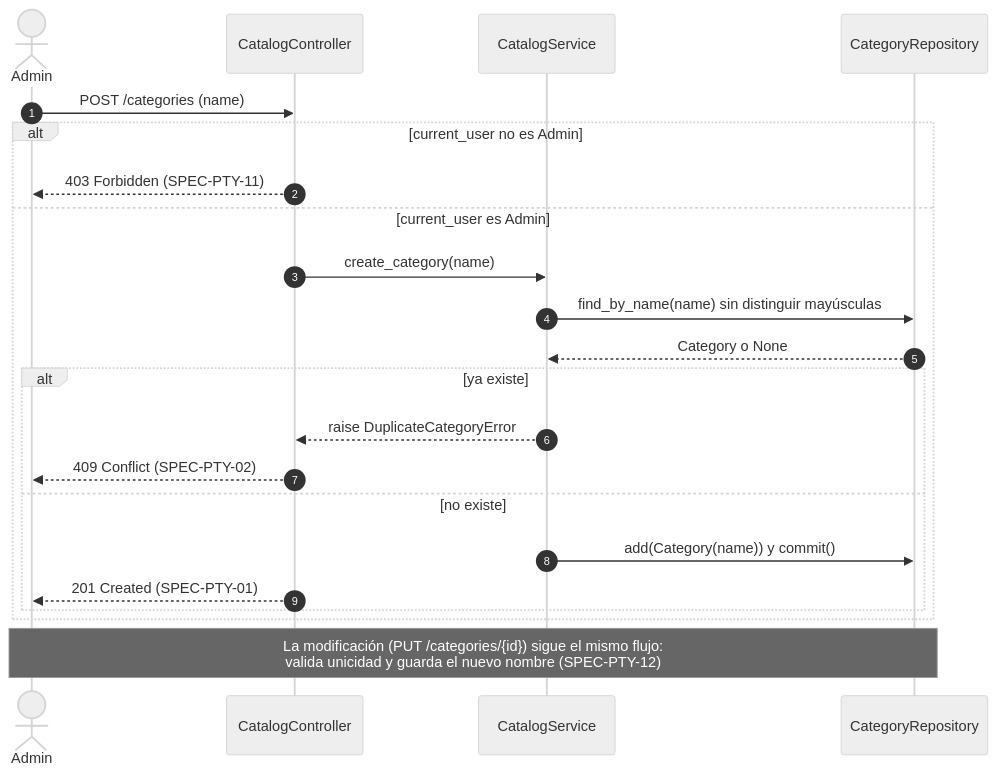
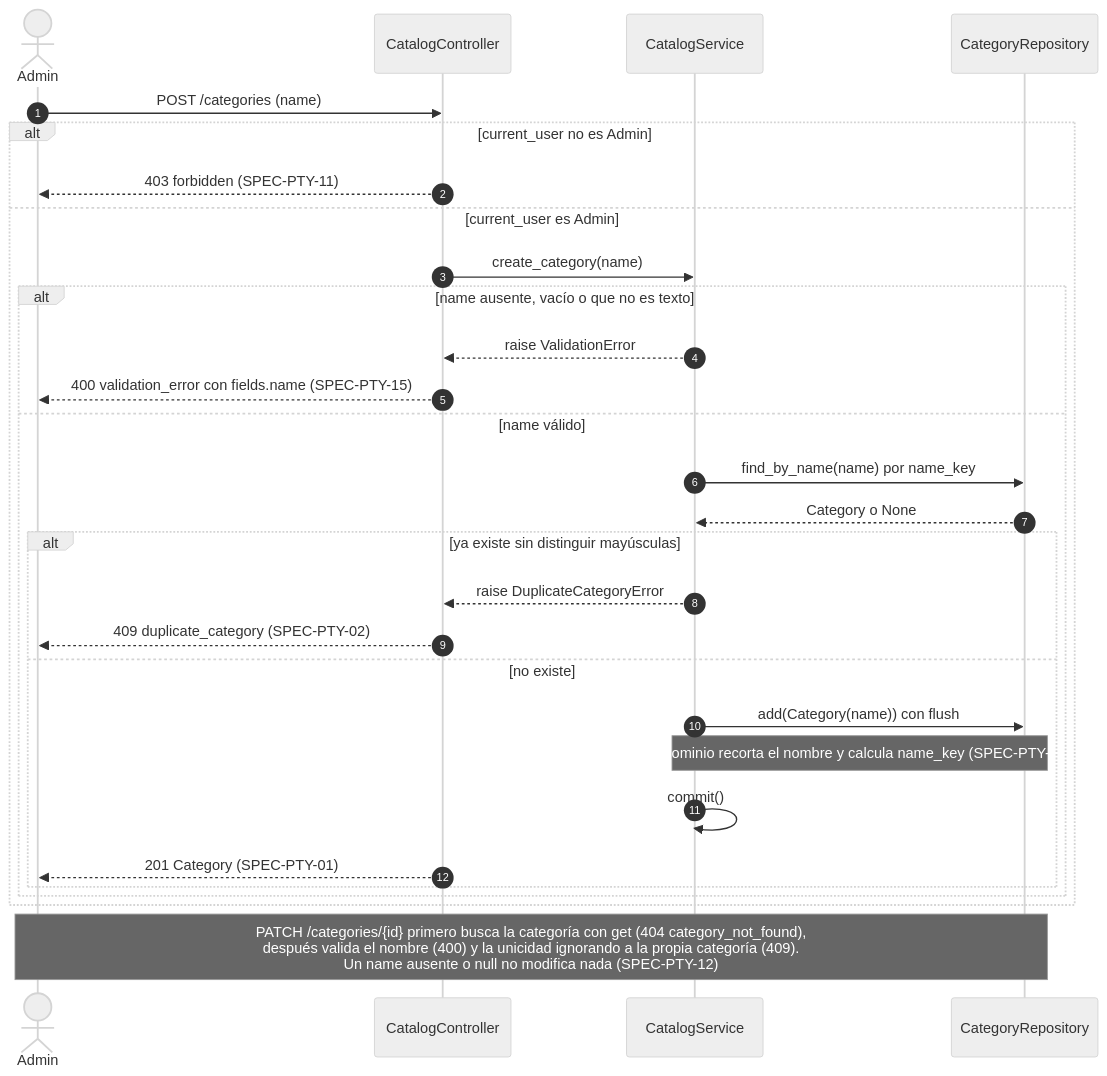
The first of 4 diagrams in diagrams/sequences/02-product-types.md (Diazfe-dev/AyED-III-python-ticket-service), drawn with Mermaid (neutral theme) before and after one commit. The commit also changed other lines of this file and 26 other files, not shown here.

````diff
--- a/diagrams/sequences/02-product-types.md
+++ b/diagrams/sequences/02-product-types.md
@@ -11,26 +11,33 @@
 ```mermaid
 sequenceDiagram
     autonumber
     actor Admin
     participant PC as CatalogController
     participant CS as CatalogService
     participant CR as CategoryRepository
 
     Admin->>PC: POST /categories (name)
     alt current_user no es Admin
-        PC-->>Admin: 403 Forbidden (SPEC-PTY-11)
+        PC-->>Admin: 403 forbidden (SPEC-PTY-11)
     else current_user es Admin
         PC->>CS: create_category(name)
-        CS->>CR: find_by_name(name) sin distinguir mayúsculas
-        CR-->>CS: Category o None
-        alt ya existe
-            CS-->>PC: raise DuplicateCategoryError
-            PC-->>Admin: 409 Conflict (SPEC-PTY-02)
-        else no existe
-            CS->>CR: add(Category(name)) y commit()
-            PC-->>Admin: 201 Created (SPEC-PTY-01)
+        alt name ausente, vacío o que no es texto
+            CS-->>PC: raise ValidationError
+            PC-->>Admin: 400 validation_error con fields.name (SPEC-PTY-15)
+        else name válido
+            CS->>CR: find_by_name(name) por name_key
+            CR-->>CS: Category o None
+            alt ya existe sin distinguir mayúsculas
+                CS-->>PC: raise DuplicateCategoryError
+                PC-->>Admin: 409 duplicate_category (SPEC-PTY-02)
+            else no existe
+                CS->>CR: add(Category(name)) con flush
+                Note over CS,CR: el dominio recorta el nombre y calcula name_key (SPEC-PTY-19)
+                CS->>CS: commit()
+                PC-->>Admin: 201 Category (SPEC-PTY-01)
+            end
         end
     end
 
-    Note over Admin,CR: La modificación (PUT /categories/{id}) sigue el mismo flujo:<br/>valida unicidad y guarda el nuevo nombre (SPEC-PTY-12)
+    Note over Admin,CR: PATCH /categories/{id} primero busca la categoría con get (404 category_not_found),<br/>después valida el nombre (400) y la unicidad ignorando a la propia categoría (409).<br/>Un name ausente o null no modifica nada (SPEC-PTY-12)
 ```
````
